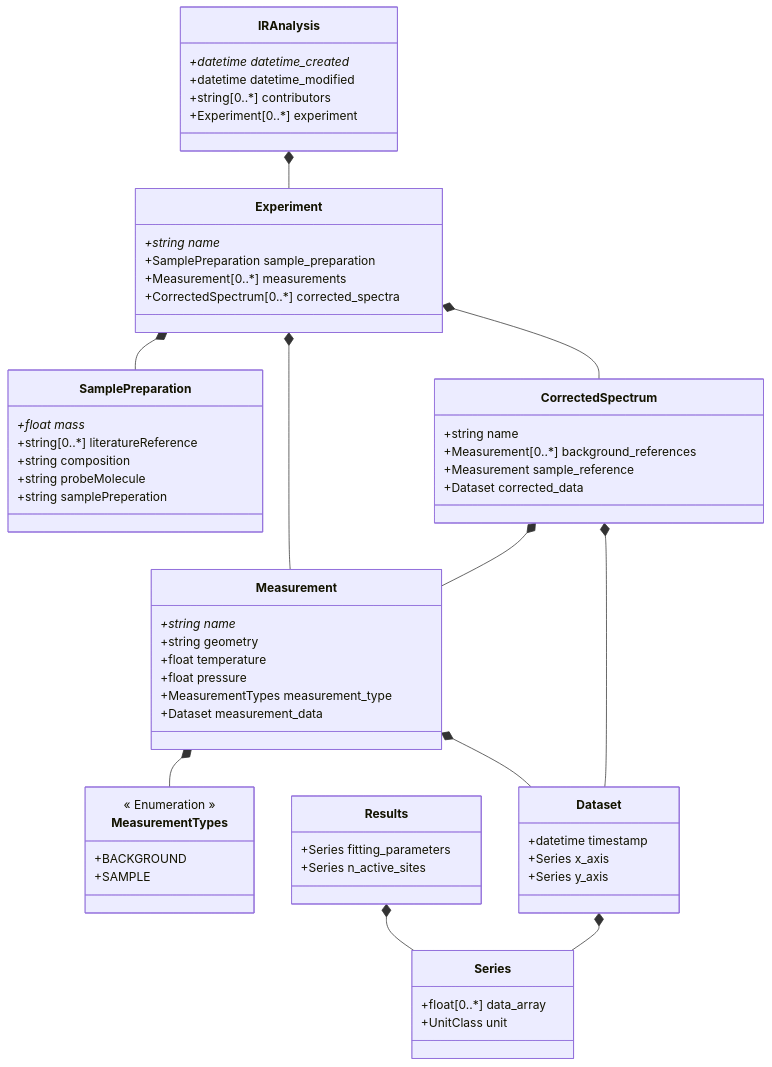
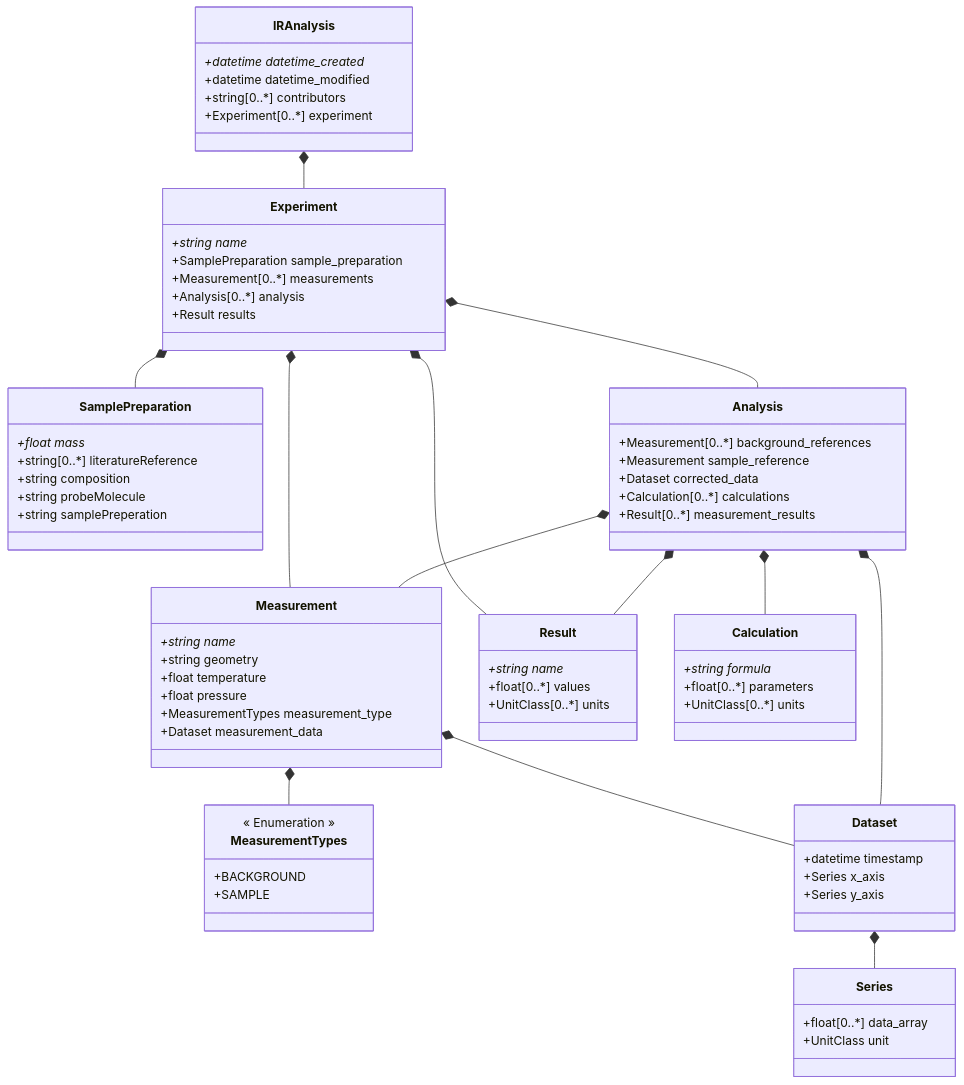
The diagram in datamodel/schemes/datamodel_schema.md (FAIRChemistry/IRAnalysis), drawn with Mermaid before and after one commit. The commit also changed 14 other files, not shown here.

```diff
--- a/datamodel/schemes/datamodel_schema.md
+++ b/datamodel/schemes/datamodel_schema.md
@@ -3,12 +3,14 @@
     IRAnalysis *-- Experiment
     Experiment *-- SamplePreparation
     Experiment *-- Measurement
-    Experiment *-- CorrectedSpectrum
+    Experiment *-- Analysis
+    Experiment *-- Result
     Measurement *-- MeasurementTypes
     Measurement *-- Dataset
-    CorrectedSpectrum *-- Measurement
-    CorrectedSpectrum *-- Dataset
-    Results *-- Series
+    Analysis *-- Measurement
+    Analysis *-- Calculation
+    Analysis *-- Result
+    Analysis *-- Dataset
     Dataset *-- Series
     
     class IRAnalysis {
@@ -22,7 +24,8 @@
         +string name*
         +SamplePreparation sample_preparation
         +Measurement[0..*] measurements
-        +CorrectedSpectrum[0..*] corrected_spectra
+        +Analysis[0..*] analysis
+        +Result results
     }
     
     class SamplePreparation {
@@ -42,16 +45,24 @@
         +Dataset measurement_data
     }
     
-    class CorrectedSpectrum {
-        +string name
+    class Analysis {
         +Measurement[0..*] background_references
         +Measurement sample_reference
         +Dataset corrected_data
+        +Calculation[0..*] calculations
+        +Result[0..*] measurement_results
     }
     
-    class Results {
-        +Series fitting_parameters
-        +Series n_active_sites
+    class Calculation {
+        +string formula*
+        +float[0..*] parameters
+        +UnitClass[0..*] units
+    }
+    
+    class Result {
+        +string name*
+        +float[0..*] values
+        +UnitClass[0..*] units
     }
     
     class Dataset {
```
